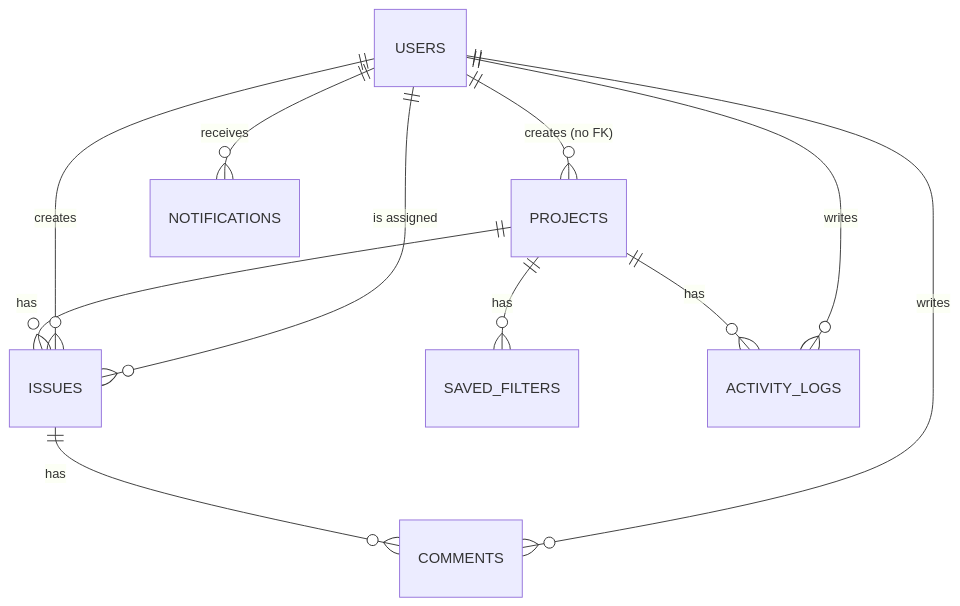
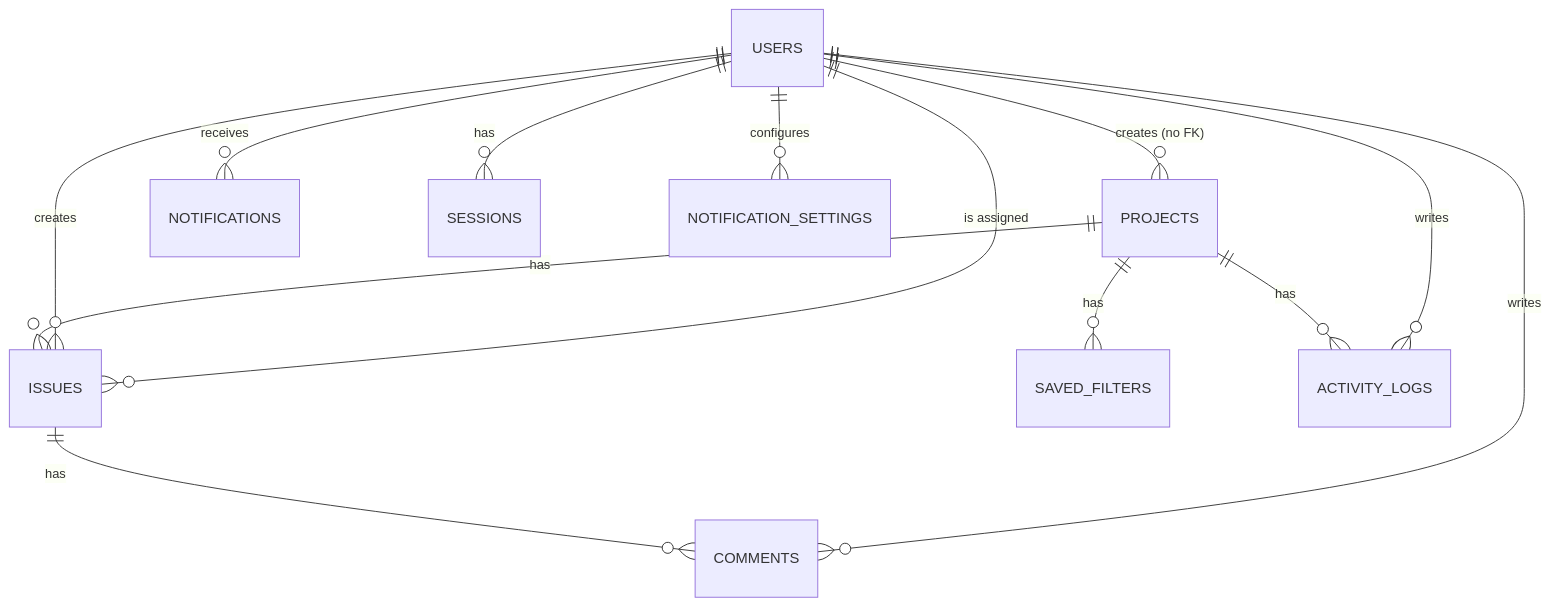
The diagram in architecture/database-schema.mdx (orbit-collective/docs), drawn with Mermaid before and after one commit. The commit also changed other lines of this file and 16 other files, not shown here.

````diff
--- a/architecture/database-schema.mdx
+++ b/architecture/database-schema.mdx
@@ -10,13 +10,15 @@
 ```mermaid
 erDiagram
     USERS ||--o{ PROJECTS : "creates (no FK)"
     PROJECTS ||--o{ ISSUES : has
     PROJECTS ||--o{ SAVED_FILTERS : has
     PROJECTS ||--o{ ACTIVITY_LOGS : has
     USERS ||--o{ ISSUES : "creates"
     USERS ||--o{ ISSUES : "is assigned"
     ISSUES ||--o{ COMMENTS : has
     USERS ||--o{ COMMENTS : writes
     USERS ||--o{ NOTIFICATIONS : receives
     USERS ||--o{ ACTIVITY_LOGS : writes
+    USERS ||--o{ SESSIONS : has
+    USERS ||--o{ NOTIFICATION_SETTINGS : configures
 ```
````
